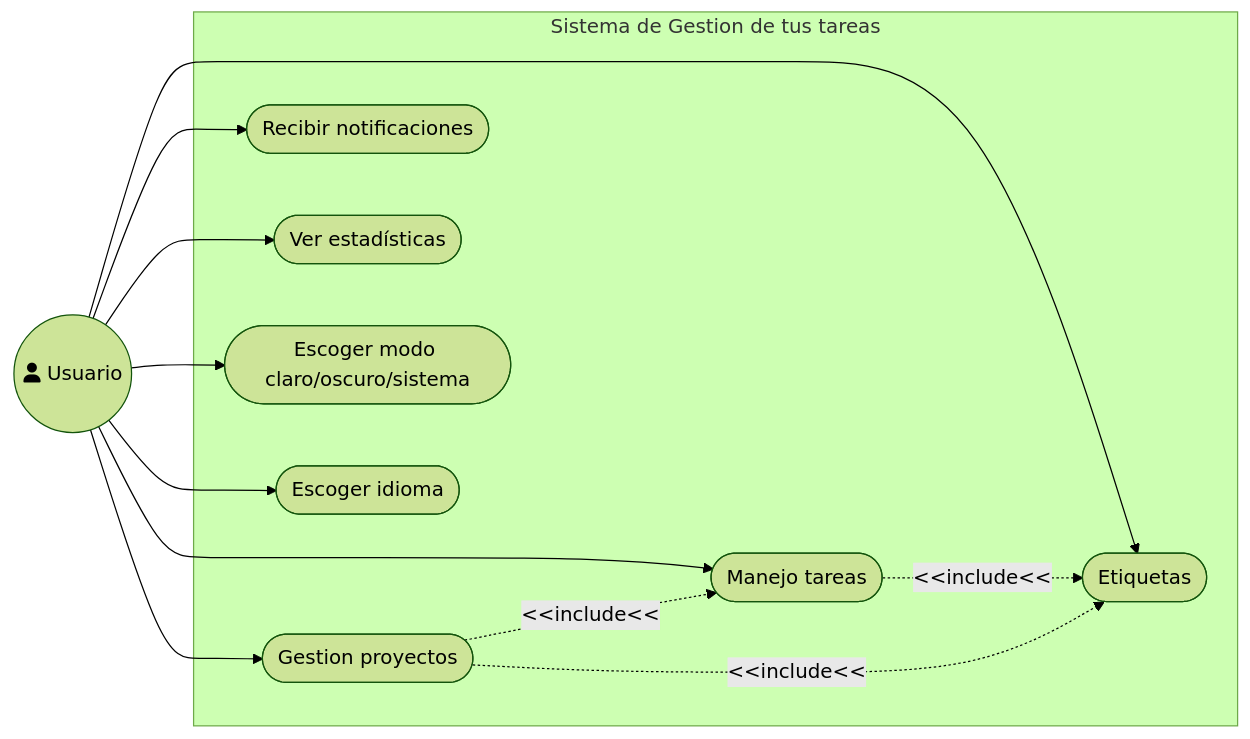
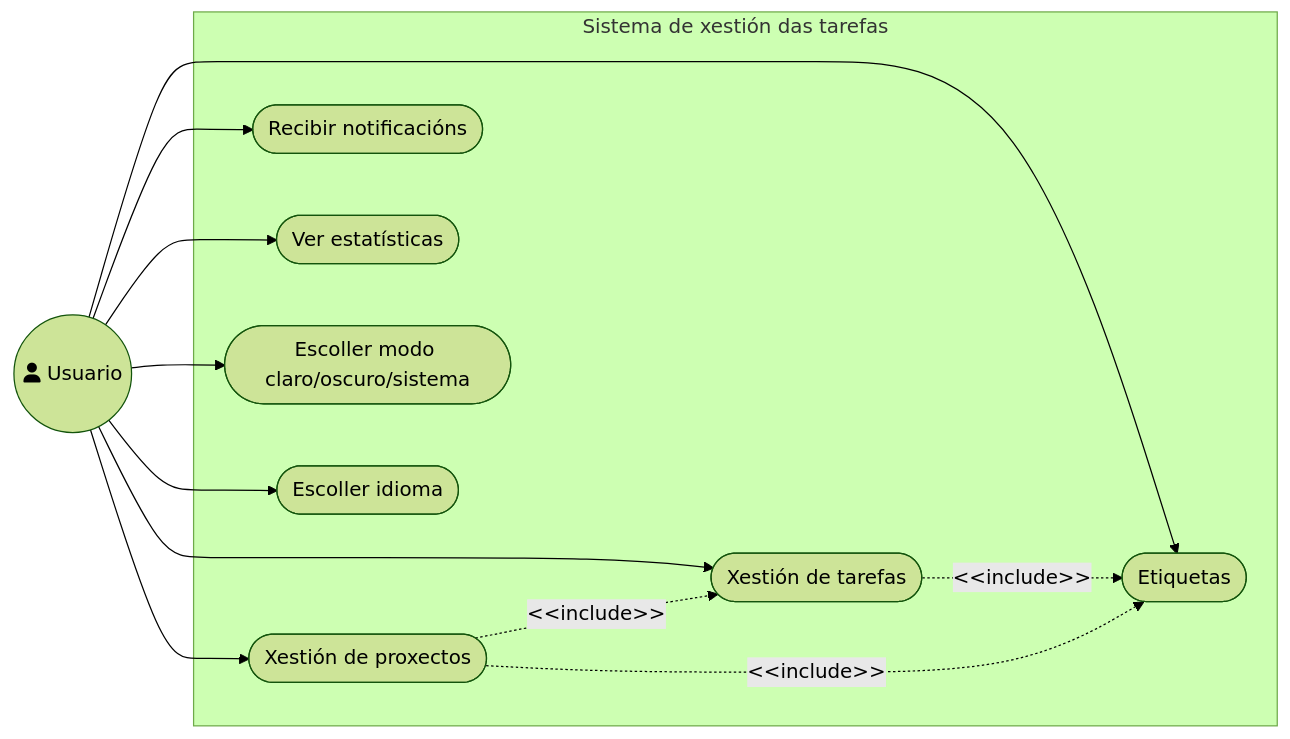
The diagram in doc/templates/2_analise.md (a19albertons/Tus-Tareas), drawn with Mermaid (forest theme) before and after one commit. The commit also changed other lines of this file, not shown here.

Commit message:
Aplicada revisión ortográfica en analise

````diff
--- a/doc/templates/2_analise.md
+++ b/doc/templates/2_analise.md
@@ -7,36 +7,36 @@
 ```mermaid
 flowchart LR
-    %% Definición del Actor usando un icono
+    %% Definición do actor usando un icono
     Usuario((fa:fa-user Usuario))
-    
-    subgraph S["Sistema de Gestion de tus tareas"]
-        %% Definición de los Casos de Uso (forma de píldora/óvalo)
-        Tareas([Manejo tareas])
-        Proyectos([Gestion proyectos])
+
+    subgraph S["Sistema de xestión das tarefas"]
+        %% Definición dos casos de uso (forma de píldora/óvalo)
+        Tarefas([Xestión de tarefas])
+        Proxectos([Xestión de proxectos])
         Etiquetas([Etiquetas])
-        RecibirNotificaciones([Recibir notificaciones])
-        VerEstadisticas([Ver estadísticas])
-        EscogerModo([Escoger modo claro/oscuro/sistema])
-        EscogerIdioma([Escoger idioma])
+        RecibirNotificacions([Recibir notificacións])
+        VerEstadisticas([Ver estatísticas])
+        EscollerModo([Escoller modo claro/oscuro/sistema])
+        EscollerIdioma([Escoller idioma])
     
 
 
 
     end
 
     
-    %% Relaciones
-    Usuario --> Tareas
-    Usuario --> Proyectos
+    %% Relacións
+    Usuario --> Tarefas
+    Usuario --> Proxectos
     Usuario --> Etiquetas
-    Usuario --> RecibirNotificaciones
+    Usuario --> RecibirNotificacions
     Usuario --> VerEstadisticas
-    Usuario --> EscogerModo
-    Usuario --> EscogerIdioma
-    Proyectos -. &#60&#60include&#60&#60 .-> Tareas
-    Tareas -. &#60&#60include&#60&#60 .-> Etiquetas
-    Proyectos -. &#60&#60include&#60&#60 .-> Etiquetas
+    Usuario --> EscollerModo
+    Usuario --> EscollerIdioma
+    Proxectos -. &#60&#60include&#62&#62 .-> Tarefas
+    Tarefas -. &#60&#60include&#62&#62 .-> Etiquetas
+    Proxectos -. &#60&#60include&#62&#62 .-> Etiquetas
 
 
 
 ```
````
